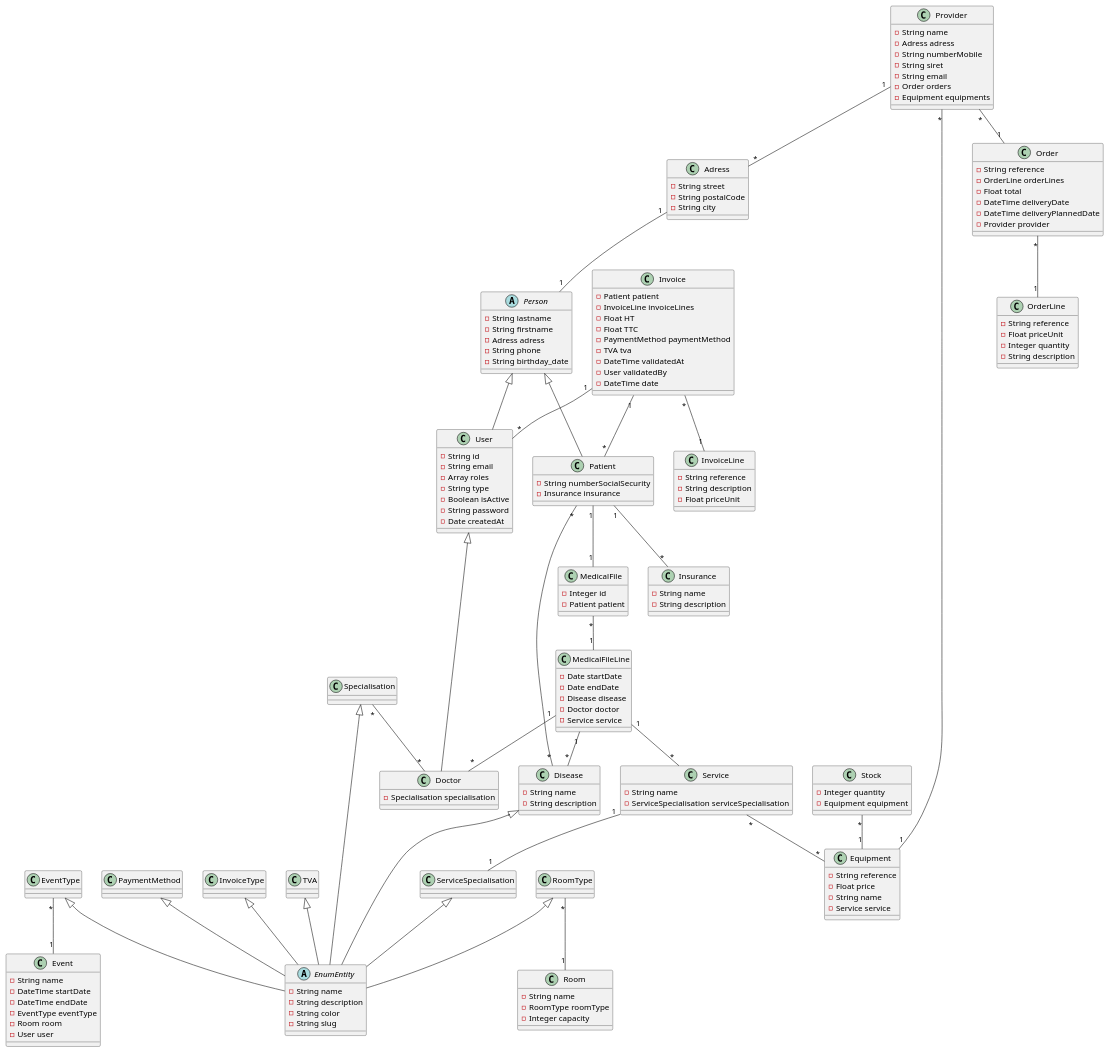
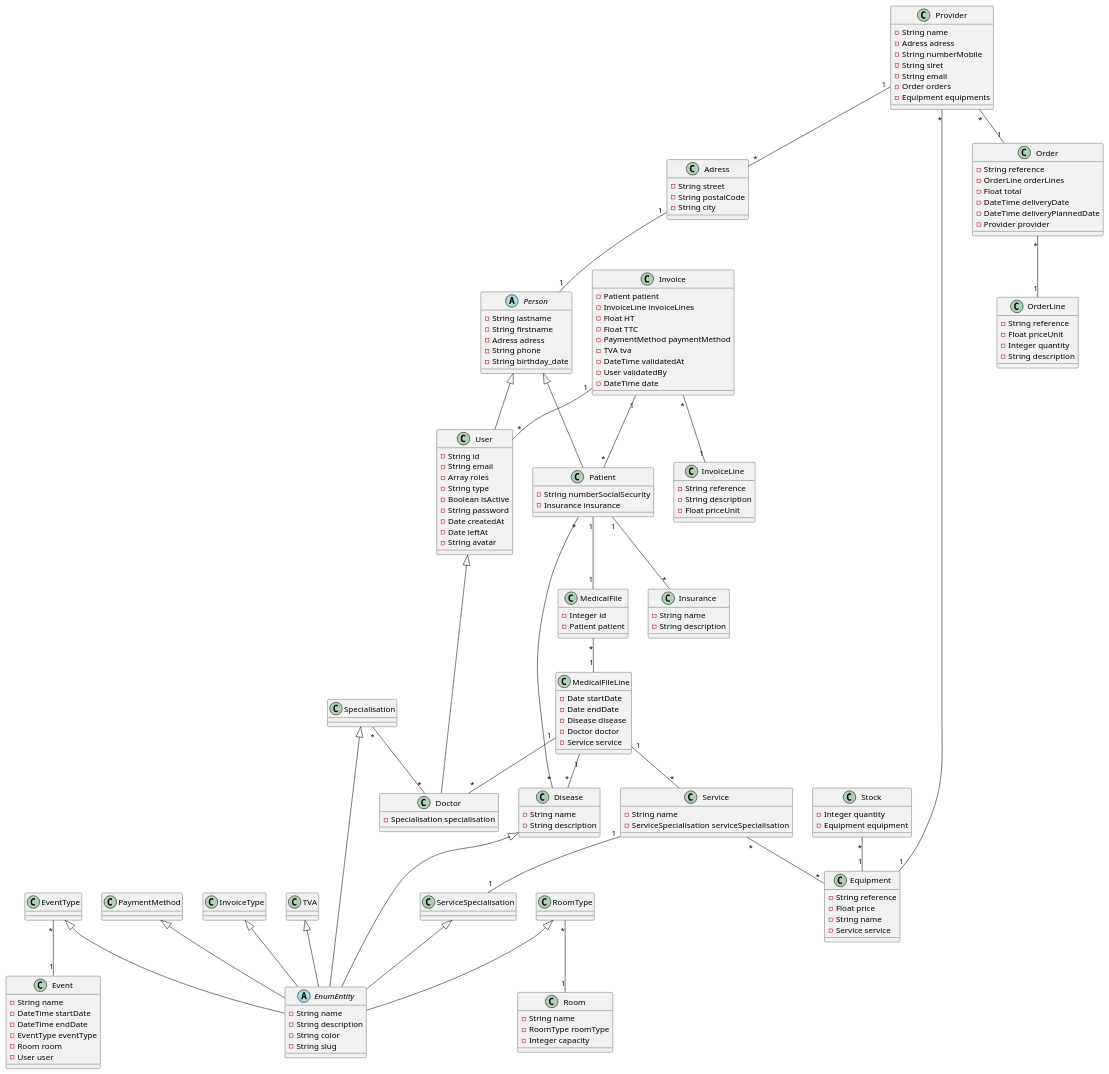
The diagram in medicalware.puml (Medicalware-ERP/Medicalware), drawn with PlantUML before and after one commit. The commit also changed 2 other files, not shown here.

```diff
--- a/medicalware.puml
+++ b/medicalware.puml
@@ -22,6 +22,8 @@
   -Boolean isActive
   -String password
   -Date createdAt
+  -Date leftAt
+  -String avatar
 }
 
 class Doctor {
```
